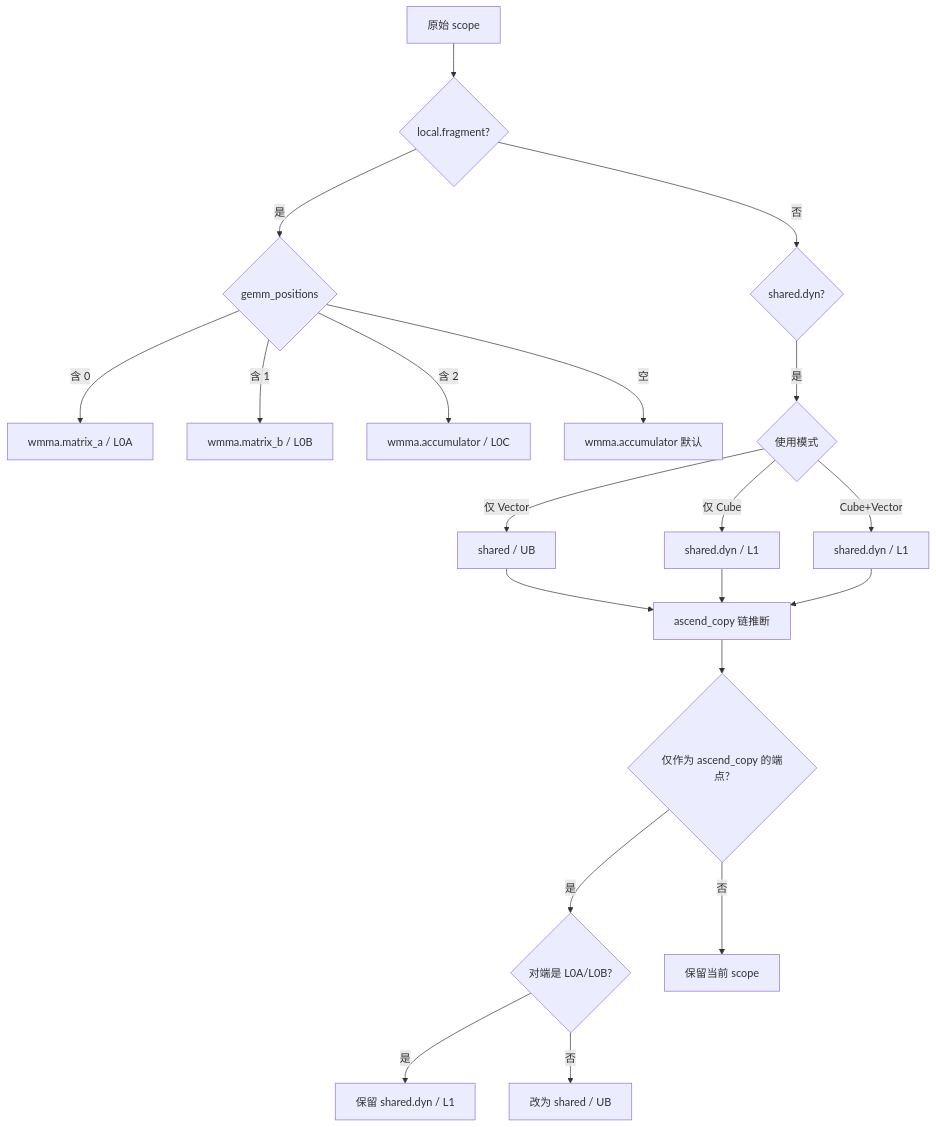
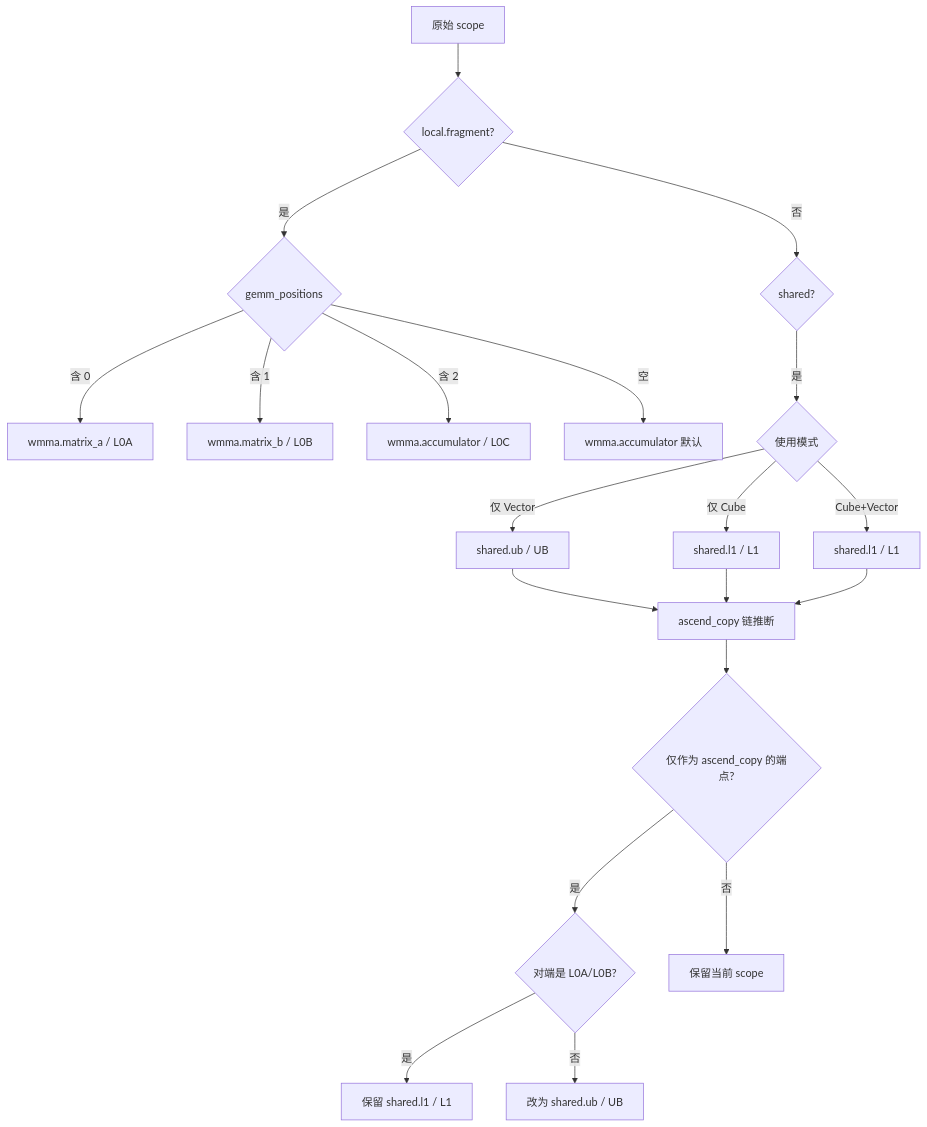
One commit to tile-ai/tilelang-ascend changed the diagram in .agents/skills/tilelang-pass-analyzer/references/pass-designs/ascend_infer_buffer_scope_design.md. Above: the diagram before and after it, drawn with Mermaid. The commit also changed other lines of this file and 6 other files, not shown here.

Commit message:
[Refactor] Update document: memory scope references from "shared.dyn" to "shared.l1" and "shared" to "shared.ub" across multiple documentation files for consistency in Ascend memory management.

````diff
--- a/.agents/skills/tilelang-pass-analyzer/references/pass-designs/ascend_infer_buffer_scope_design.md
+++ b/.agents/skills/tilelang-pass-analyzer/references/pass-designs/ascend_infer_buffer_scope_design.md
@@ -93,25 +95,25 @@
 ```mermaid
 flowchart TD
     A[原始 scope] --> B{local.fragment?}
     B -- 是 --> C{gemm_positions}
     C -- 含 0 --> C1[wmma.matrix_a / L0A]
     C -- 含 1 --> C2[wmma.matrix_b / L0B]
     C -- 含 2 --> C3[wmma.accumulator / L0C]
     C -- 空 --> C4[wmma.accumulator 默认]
 
-    B -- 否 --> D{shared.dyn?}
+    B -- 否 --> D{shared?}
     D -- 是 --> E{使用模式}
-    E -- 仅 Vector --> E1[shared / UB]
-    E -- 仅 Cube --> E2[shared.dyn / L1]
-    E -- Cube+Vector --> E3[shared.dyn / L1]
+    E -- 仅 Vector --> E1[shared.ub / UB]
+    E -- 仅 Cube --> E2[shared.l1 / L1]
+    E -- Cube+Vector --> E3[shared.l1 / L1]
 
     E1 --> F[ascend_copy 链推断]
     E2 --> F
     E3 --> F
 
     F --> G{仅作为 ascend_copy 的端点?}
     G -- 是 --> H{对端是 L0A/L0B?}
-    H -- 是 --> H1[保留 shared.dyn / L1]
-    H -- 否 --> H2[改为 shared / UB]
+    H -- 是 --> H1[保留 shared.l1 / L1]
+    H -- 否 --> H2[改为 shared.ub / UB]
     G -- 否 --> I[保留当前 scope]
 ```
````
